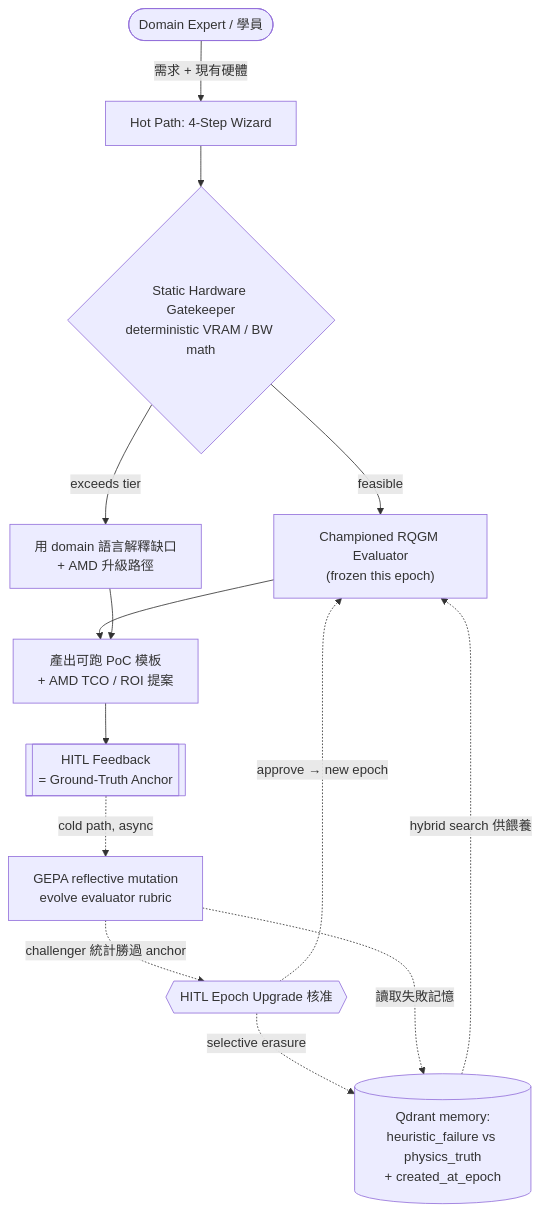
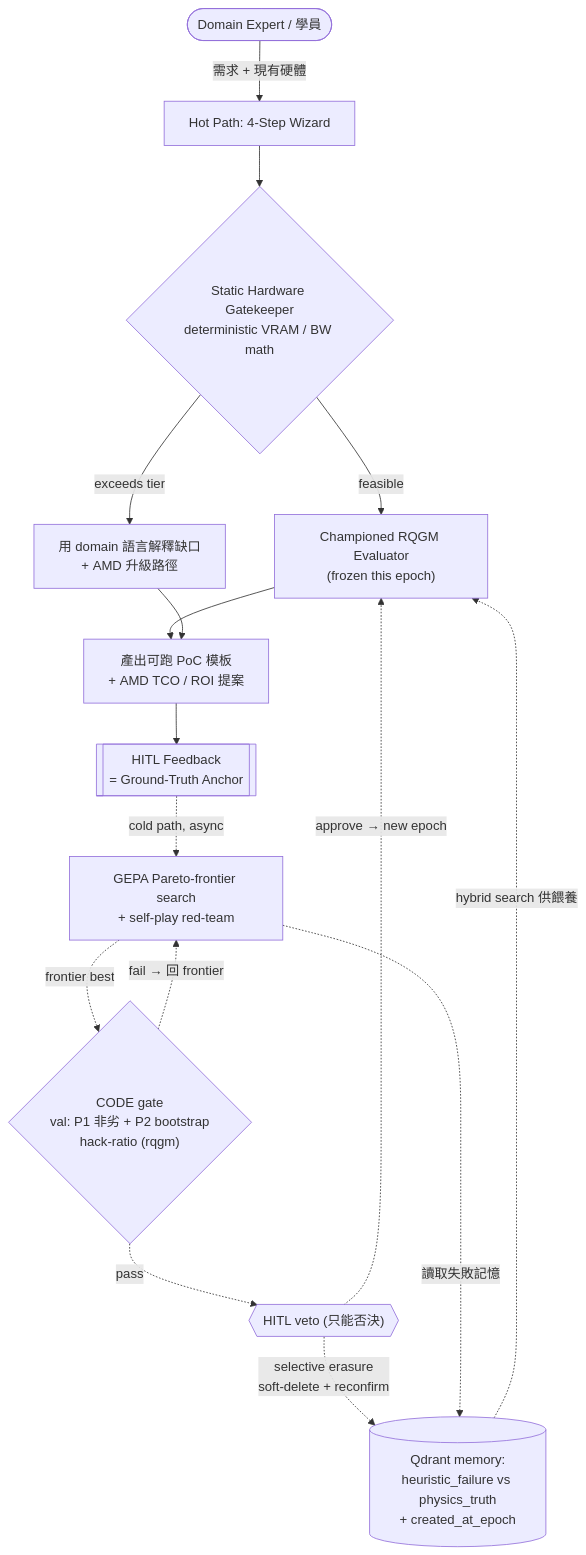
One commit to iiyyll01lin/yy-rqgm changed the first of 2 diagrams in docs/blueprint.md. Above: the diagram before and after it, drawn with Mermaid. The commit also changed other lines of this file and 11 other files, not shown here.

First line of the commit message:
docs: reconcile evaluator docs, README + catalog with the implemented RQGM system

````diff
--- a/docs/blueprint.md
+++ b/docs/blueprint.md
@@ -65,16 +65,18 @@
 ```mermaid
 flowchart TD
     User(["Domain Expert / 學員"]) -->|"需求 + 現有硬體"| Wizard["Hot Path: 4-Step Wizard"]
     Wizard --> Gate{"Static Hardware Gatekeeper<br/>deterministic VRAM / BW math"}
     Gate -->|"feasible"| Judge["Championed RQGM Evaluator<br/>(frozen this epoch)"]
     Gate -->|"exceeds tier"| Upsell["用 domain 語言解釋缺口<br/>+ AMD 升級路徑"]
     Judge --> Export["產出可跑 PoC 模板<br/>+ AMD TCO / ROI 提案"]
     Upsell --> Export
     Export --> Feedback[["HITL Feedback<br/>= Ground-Truth Anchor"]]
-    Feedback -.->|"cold path, async"| Loop["GEPA reflective mutation<br/>evolve evaluator rubric"]
-    Loop -.->|"challenger 統計勝過 anchor"| EpochGate{{"HITL Epoch Upgrade 核准"}}
+    Feedback -.->|"cold path, async"| Loop["GEPA Pareto-frontier search<br/>+ self-play red-team"]
+    Loop -.->|"frontier best"| CodeGate{"CODE gate<br/>val: P1 非劣 + P2 bootstrap<br/>hack-ratio (rqgm)"}
+    CodeGate -.->|"fail → 回 frontier"| Loop
+    CodeGate -.->|"pass"| EpochGate{{"HITL veto (只能否決)"}}
     EpochGate -.->|"approve → new epoch"| Judge
-    EpochGate -.->|"selective erasure"| Mem[("Qdrant memory:<br/>heuristic_failure vs physics_truth<br/>+ created_at_epoch")]
+    EpochGate -.->|"selective erasure<br/>soft-delete + reconfirm"| Mem[("Qdrant memory:<br/>heuristic_failure vs physics_truth<br/>+ created_at_epoch")]
     Mem -.->|"hybrid search 供餵養"| Judge
     Loop -.->|"讀取失敗記憶"| Mem
 ```
````
